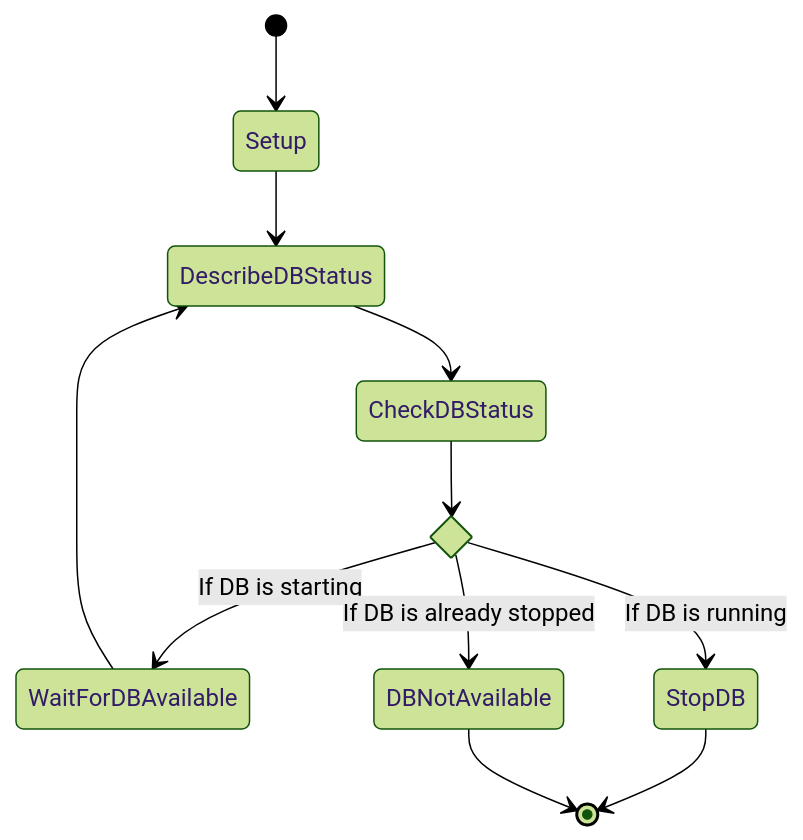
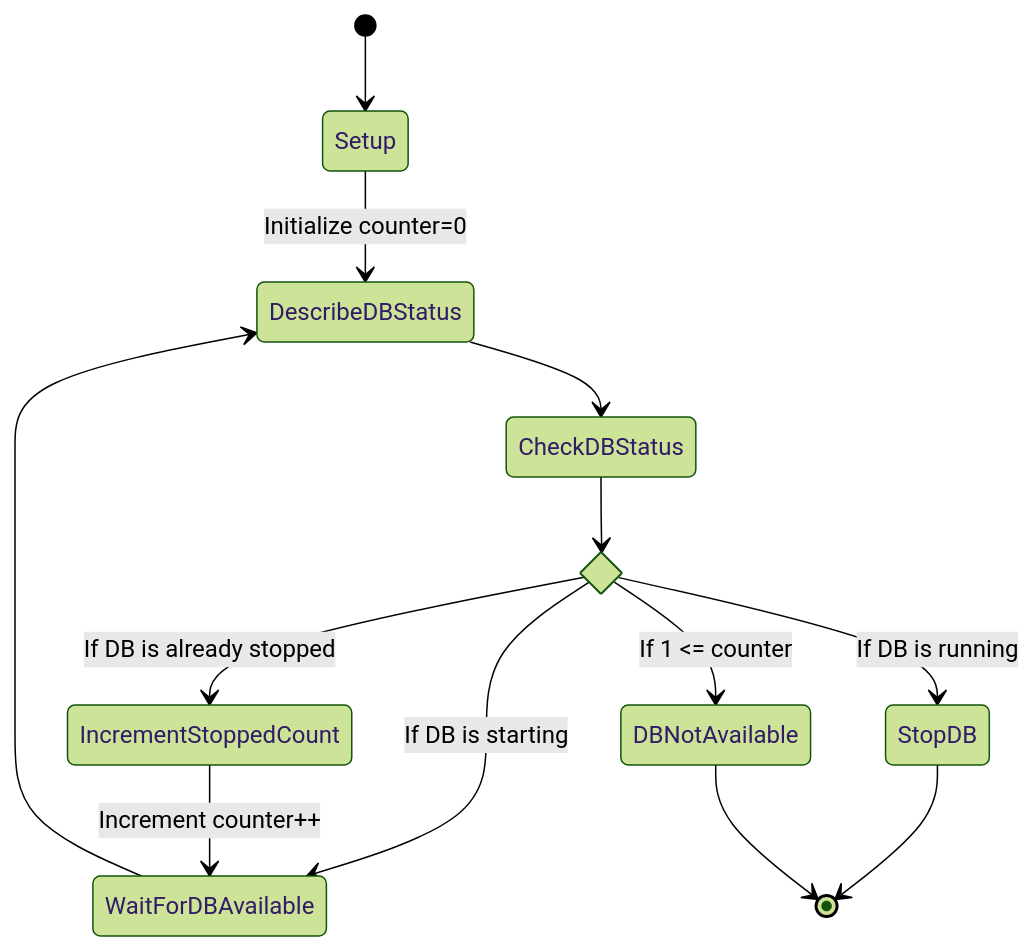
The second of 2 diagrams in README.md (quickguard-oss/koreru-toki-no-hiho), drawn with Mermaid (forest theme) before and after one commit. The commit also changed other lines of this file, not shown here.

````diff
--- a/README.md
+++ b/README.md
@@ -50,14 +50,16 @@
-   ```mermaid
-    stateDiagram-v2
-      [*] --> Setup
-      Setup --> DescribeDBStatus
-      DescribeDBStatus --> CheckDBStatus
-      state IfStatus <<choice>>
-      CheckDBStatus --> IfStatus
-      IfStatus --> WaitForDBAvailable: If DB is starting
-      IfStatus --> StopDB: If DB is running
-      IfStatus --> DBNotAvailable: If DB is already stopped
-      WaitForDBAvailable --> DescribeDBStatus
-      StopDB --> [*]
-      DBNotAvailable --> [*]
-   ```
+```mermaid
+ stateDiagram-v2
+   [*] --> Setup
+   Setup --> DescribeDBStatus: Initialize counter=0
+   DescribeDBStatus --> CheckDBStatus
+   state IfStatus <<choice>>
+   CheckDBStatus --> IfStatus
+   IfStatus --> IncrementStoppedCount: If DB is already stopped
+   IfStatus --> WaitForDBAvailable: If DB is starting
+   IfStatus --> StopDB: If DB is running
+   IfStatus --> DBNotAvailable: If 1 <= counter
+   IncrementStoppedCount --> WaitForDBAvailable: Increment counter++
+   WaitForDBAvailable --> DescribeDBStatus
+   StopDB --> [*]
+   DBNotAvailable --> [*]
+```
````
